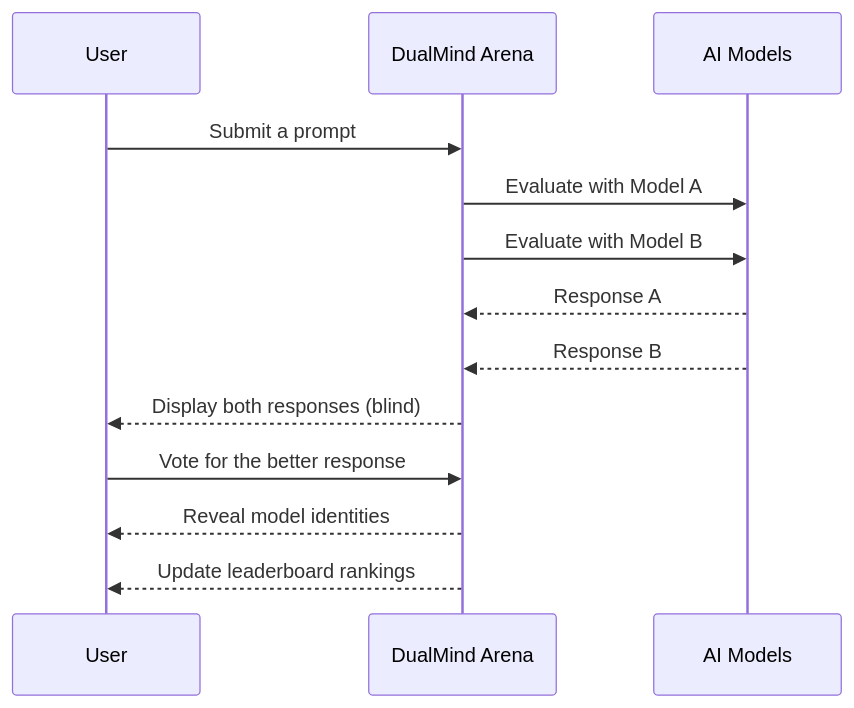
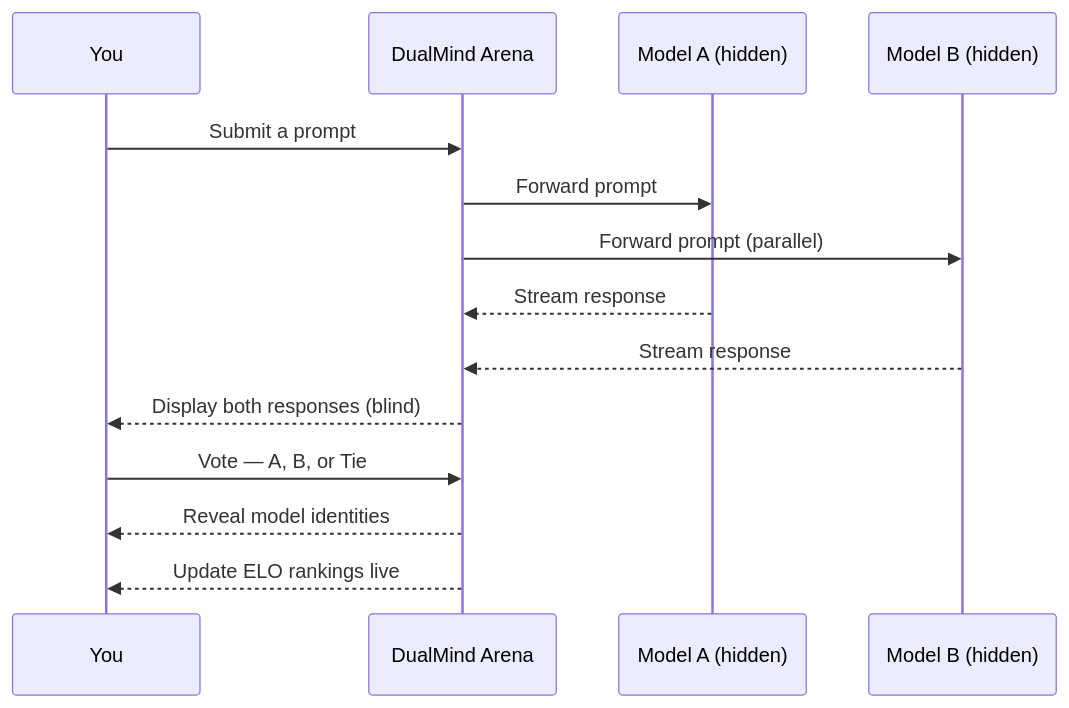
Before and after one commit to dualmindlabs/arena-docs: the diagram in welcome.mdx, drawn with Mermaid. The commit also changed other lines of this file and 1 other file, not shown here.

````diff
--- a/welcome.mdx
+++ b/welcome.mdx
@@ -44,16 +44,17 @@
 ```mermaid
 sequenceDiagram
-    participant User
+    participant You
     participant Arena as DualMind Arena
-    participant AI as AI Models
+    participant A as Model A (hidden)
+    participant B as Model B (hidden)
 
-    User->>Arena: Submit a prompt
-    Arena->>AI: Evaluate with Model A
-    Arena->>AI: Evaluate with Model B
-    AI-->>Arena: Response A
-    AI-->>Arena: Response B
-    Arena-->>User: Display both responses (blind)
-    User->>Arena: Vote for the better response
-    Arena-->>User: Reveal model identities
-    Arena-->>User: Update leaderboard rankings
+    You->>Arena: Submit a prompt
+    Arena->>A: Forward prompt
+    Arena->>B: Forward prompt (parallel)
+    A-->>Arena: Stream response
+    B-->>Arena: Stream response
+    Arena-->>You: Display both responses (blind)
+    You->>Arena: Vote — A, B, or Tie
+    Arena-->>You: Reveal model identities
+    Arena-->>You: Update ELO rankings live
 ```
````
